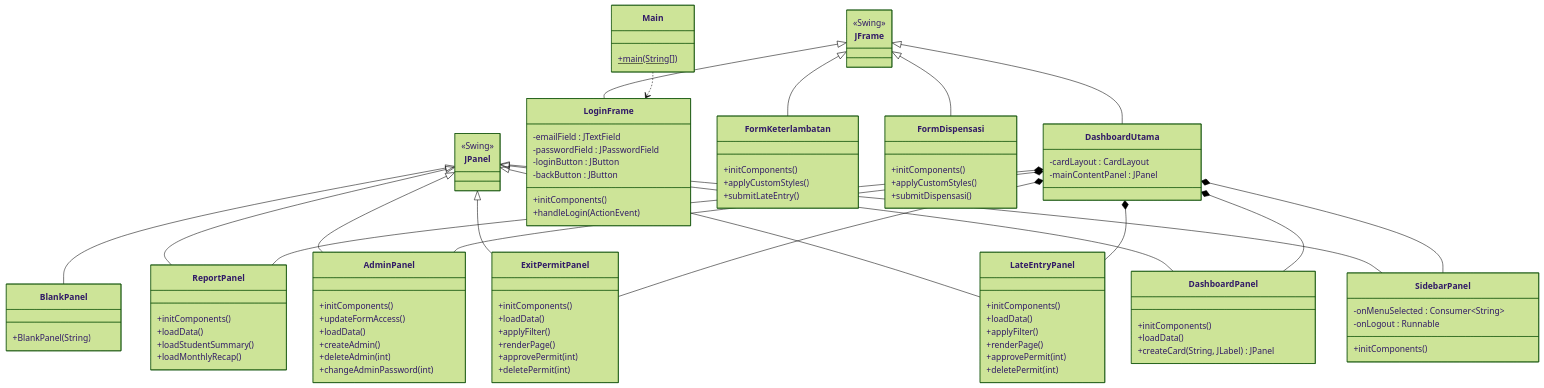
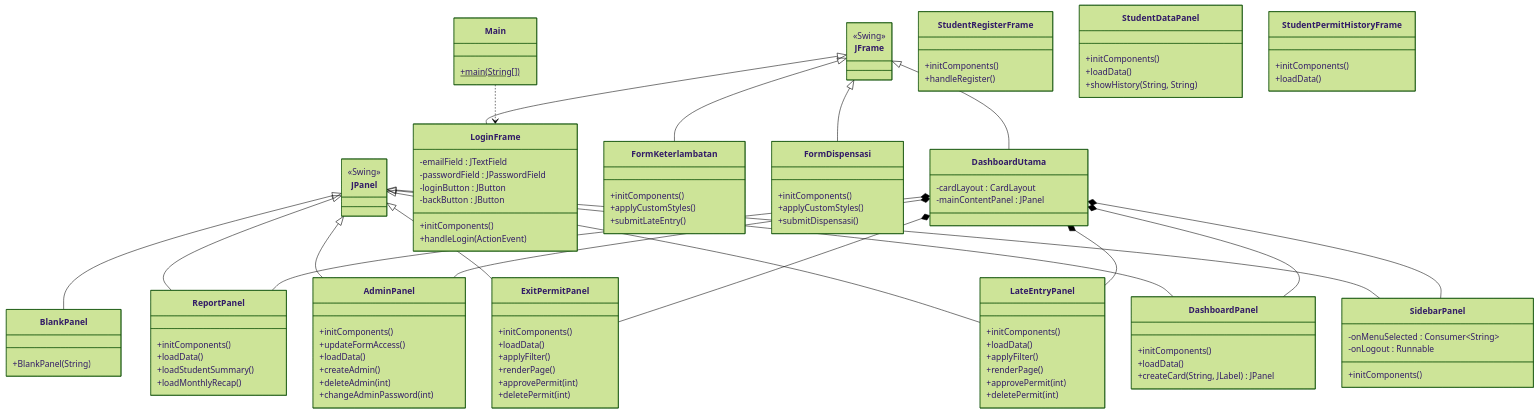
One commit to Doni354/TubesPBO changed the fourth of 7 diagrams in DOKUMENTASI_PROYEK.md. Above: the diagram before and after it, drawn with Mermaid (forest theme). The commit also changed other lines of this file and 2 other files, not shown here.

```diff
--- a/DOKUMENTASI_PROYEK.md
+++ b/DOKUMENTASI_PROYEK.md
@@ -308,6 +329,11 @@
         -backButton : JButton
         +initComponents()
         +handleLogin(ActionEvent)
+    }
+
+    class StudentRegisterFrame {
+        +initComponents()
+        +handleRegister()
     }
 
     class FormKeterlambatan {
@@ -373,6 +399,17 @@
         +loadMonthlyRecap()
     }
 
+    class StudentDataPanel {
+        +initComponents()
+        +loadData()
+        +showHistory(String, String)
+    }
+
+    class StudentPermitHistoryFrame {
+        +initComponents()
+        +loadData()
+    }
+
     class BlankPanel {
         +BlankPanel(String)
     }
```
